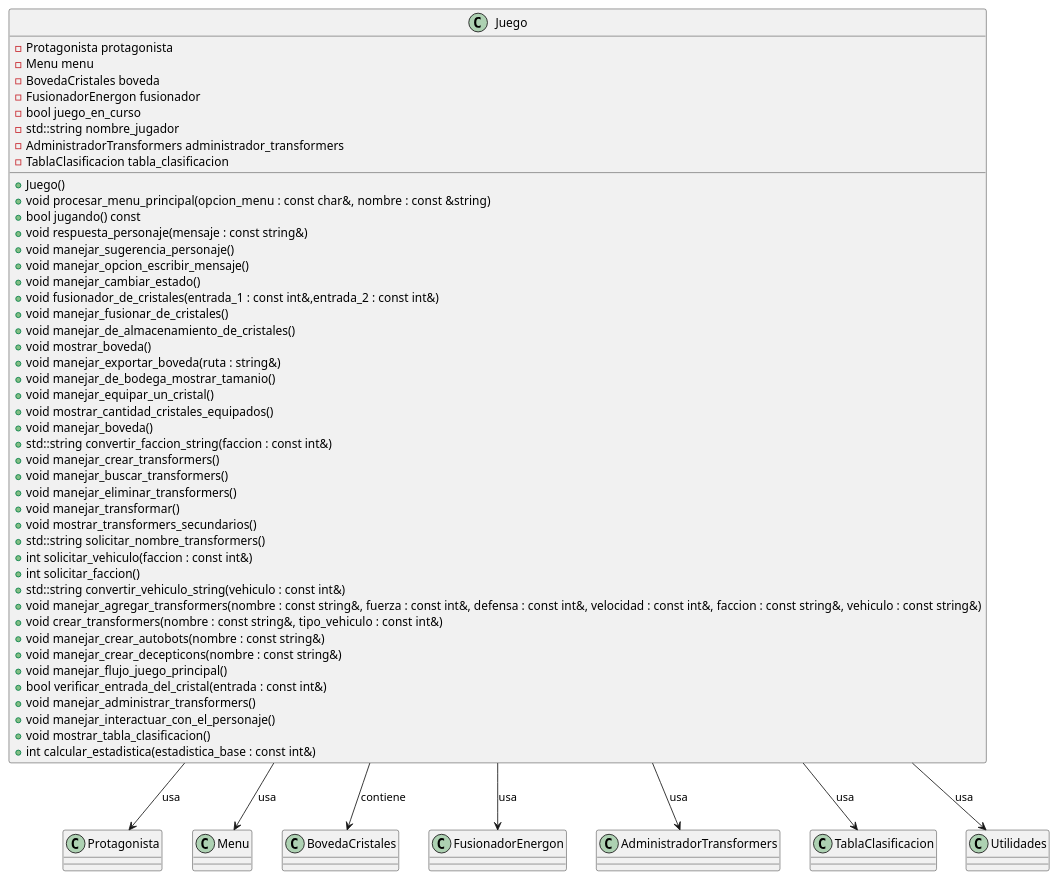
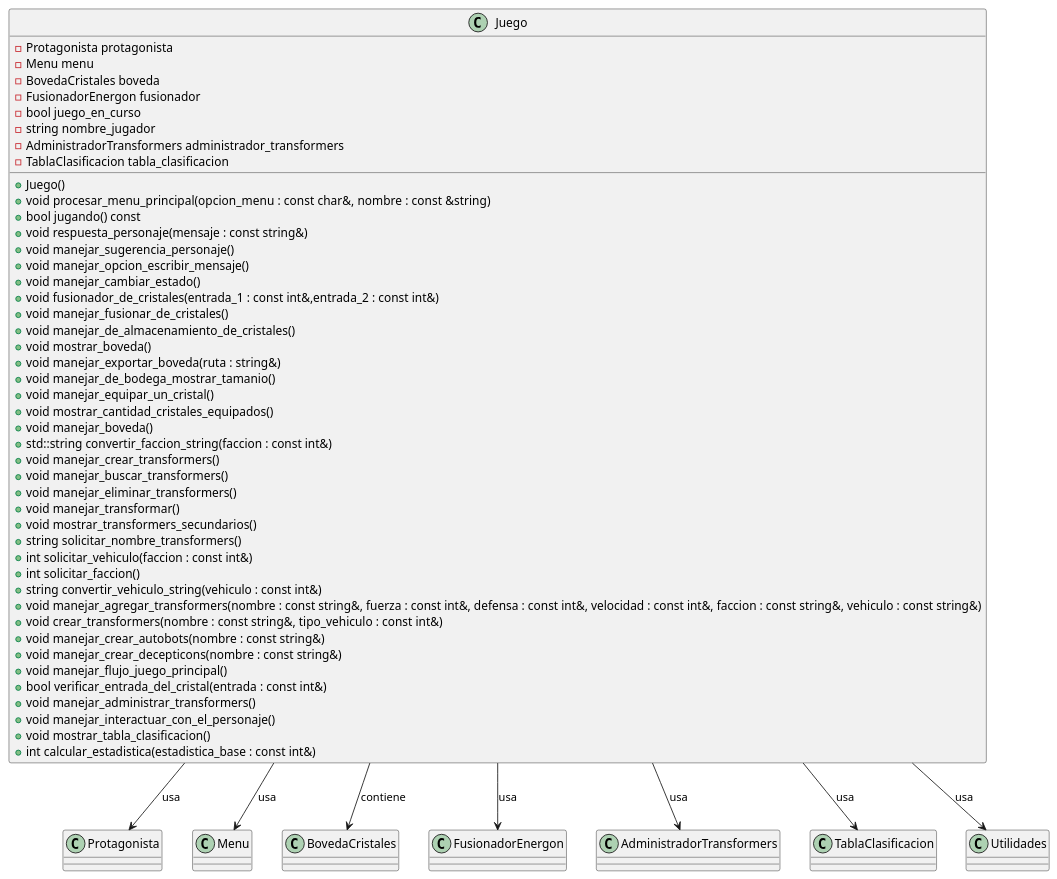
One commit to guillsil/Transformers-Game changed the diagram in Diagramas-UML/Juego.puml. Above: the diagram before and after it, drawn with PlantUML. The commit also changed 6 other files, not shown here.

```diff
--- a/Diagramas-UML/Juego.puml
+++ b/Diagramas-UML/Juego.puml
@@ -1,61 +1,61 @@
 @startuml
 'https://plantuml.com/class-diagram
 
 class Juego {
     - Protagonista protagonista
     - Menu menu
     - BovedaCristales boveda
     - FusionadorEnergon fusionador
     - bool juego_en_curso
-    - std::string nombre_jugador
+    - string nombre_jugador
     - AdministradorTransformers administrador_transformers
     - TablaClasificacion tabla_clasificacion
 
     + Juego()
     + void procesar_menu_principal(opcion_menu : const char&,  nombre : const &string)
     + bool jugando() const
     + void respuesta_personaje(mensaje : const string&)
     + void manejar_sugerencia_personaje()
     + void manejar_opcion_escribir_mensaje()
     + void manejar_cambiar_estado()
     + void fusionador_de_cristales(entrada_1 : const int&,entrada_2 : const int&)
     + void manejar_fusionar_de_cristales()
     + void manejar_de_almacenamiento_de_cristales()
     + void mostrar_boveda()
     + void manejar_exportar_boveda(ruta : string&)
     + void manejar_de_bodega_mostrar_tamanio()
     + void manejar_equipar_un_cristal()
     + void mostrar_cantidad_cristales_equipados()
     + void manejar_boveda()
     + std::string convertir_faccion_string(faccion : const int&)
     + void manejar_crear_transformers()
     + void manejar_buscar_transformers()
     + void manejar_eliminar_transformers()
     + void manejar_transformar()
     + void mostrar_transformers_secundarios()
-    + std::string solicitar_nombre_transformers()
+    + string solicitar_nombre_transformers()
     + int solicitar_vehiculo(faccion : const int&)
     + int solicitar_faccion()
-    + std::string convertir_vehiculo_string(vehiculo : const int&)
+    + string convertir_vehiculo_string(vehiculo : const int&)
     + void manejar_agregar_transformers(nombre : const string&, fuerza : const int&, defensa : const int&, velocidad : const int&, faccion : const string&, vehiculo : const string&)
     + void crear_transformers(nombre : const string&, tipo_vehiculo : const int&)
     + void manejar_crear_autobots(nombre : const string&)
     + void manejar_crear_decepticons(nombre : const string&)
     + void manejar_flujo_juego_principal()
     + bool verificar_entrada_del_cristal(entrada : const int&)
     + void manejar_administrar_transformers()
     + void manejar_interactuar_con_el_personaje()
     + void mostrar_tabla_clasificacion()
     + int calcular_estadistica(estadistica_base : const int&)
 }
 
 ' Relaciones
 Juego --> Protagonista : "usa"
 Juego --> Menu : "usa"
 Juego --> BovedaCristales : "contiene"
 Juego --> FusionadorEnergon : "usa"
 Juego --> AdministradorTransformers : "usa"
 Juego --> TablaClasificacion : "usa"
 Juego --> Utilidades : "usa"
 
 @enduml
```
